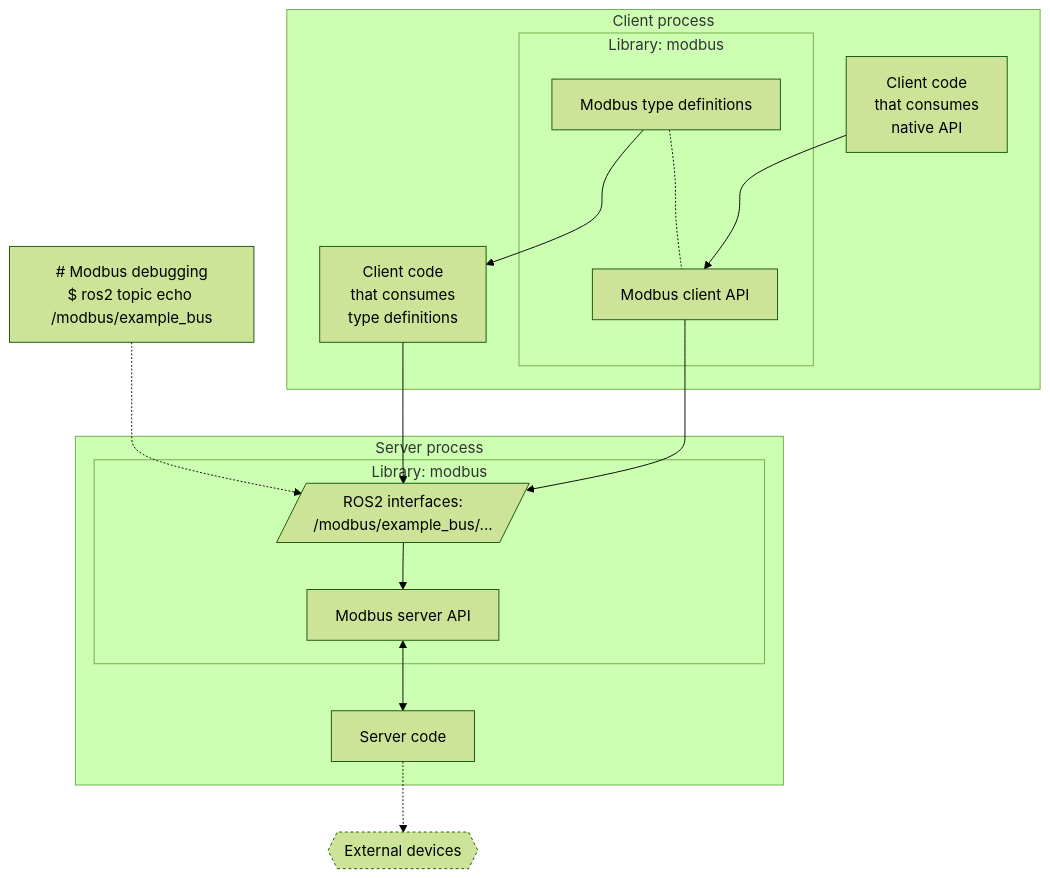
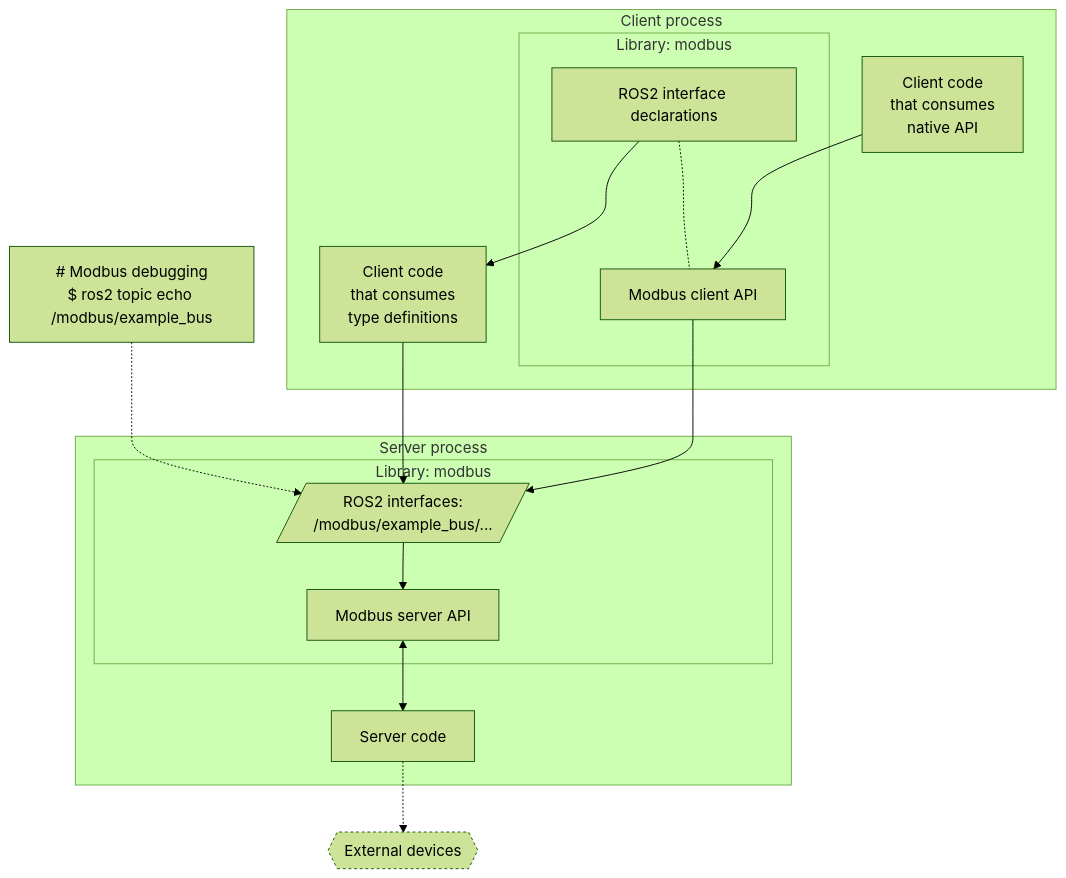
One commit to openvmp/modbus changed the diagram in README.md. Above: the diagram before and after it, drawn with Mermaid (forest theme). The commit also changed other lines of this file, not shown here.

````diff
--- a/README.md
+++ b/README.md
@@ -25,29 +25,29 @@
 ```mermaid
 flowchart TB
     cli_serial["# Modbus debugging\n$ ros2 topic echo /modbus/example_bus"] .-> topic_modbus[/ROS2 interfaces:\n/modbus/example_bus/.../]
     subgraph modbus["Library: modbus"]
       topic_modbus
     end
     subgraph your_exe["Client process"]
       code_dds["Client code\nthat consumes\ntype definitions"]
       code_api["Client code\nthat consumes\nnative API"]
       code_dds --> topic_modbus
       subgraph modbus_client_lib["Library: modbus"]
-        modbus_topics["Modbus type definitions"]
+        modbus_topics["ROS2 interface declarations"]
         modbus_client["Modbus client API"]
         modbus_topics -.- modbus_client
       end
       modbus_topics ---> code_dds
       code_api ---> modbus_client
     end
     modbus_client --> topic_modbus
     subgraph modbus_exe["Server process"]
       modbus_server["Modbus server API"]
       subgraph modbus
         topic_modbus --> modbus_server
       end
       modbus_server <--> server["Server code"]
     end
     server .-> device{{"External devices"}}
     style device stroke-dasharray: 3 3
 ```
````
